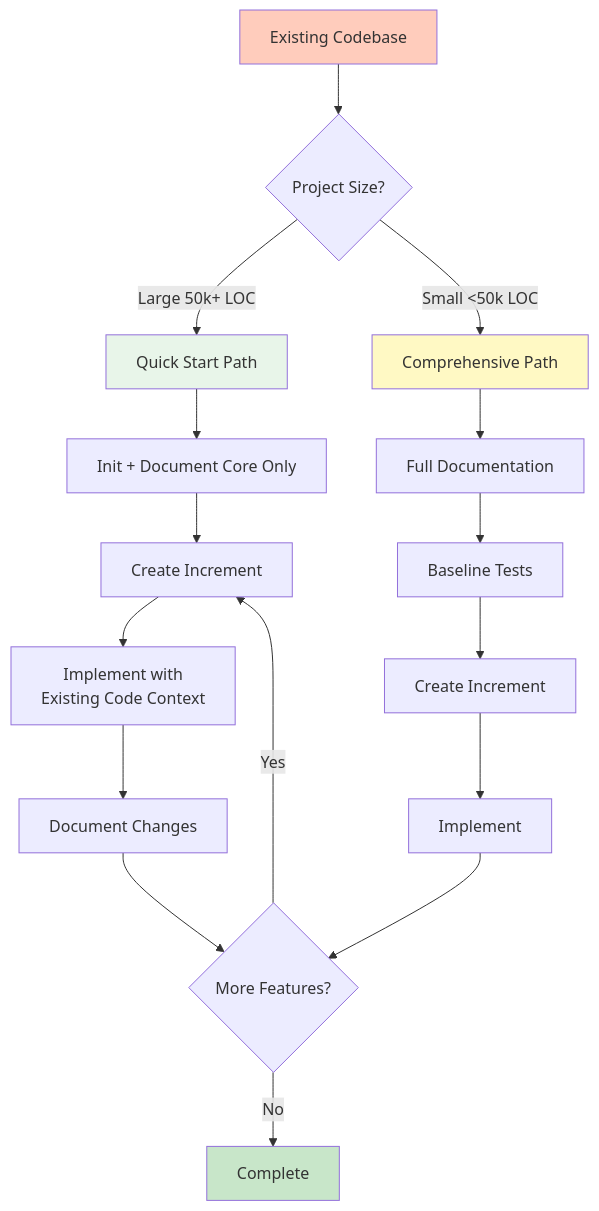
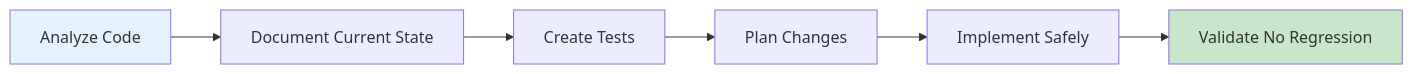
The second of 7 diagrams in docs-site/docs/workflows/brownfield.md (anton-abyzov/specweave), drawn with Mermaid before and after one commit. The commit also changed other lines of this file and 144 other files, not shown here.

````diff
--- a/docs-site/docs/workflows/brownfield.md
+++ b/docs-site/docs/workflows/brownfield.md
@@ -35,26 +33,11 @@
 ```mermaid
-graph TB
-    A[Existing Codebase] --> B{Project Size?}
+graph LR
+    A[Analyze Code] --> B[Document Current State]
+    B --> C[Create Tests]
+    C --> D[Plan Changes]
+    D --> E[Implement Safely]
+    E --> F[Validate No Regression]
 
-    B -->|Large 50k+ LOC| C[Quick Start Path]
-    B -->|Small <50k LOC| D[Comprehensive Path]
-
-    C --> E[Init + Document Core Only]
-    E --> F[Create Increment]
-    F --> G[Implement with<br/>Existing Code Context]
-    G --> H[Document Changes]
-    H --> I{More Features?}
-    I -->|Yes| F
-    I -->|No| J[Complete]
-
-    D --> K[Full Documentation]
-    K --> L[Baseline Tests]
-    L --> M[Create Increment]
-    M --> N[Implement]
-    N --> I
-
-    style A fill:#ffccbc
-    style C fill:#e8f5e9
-    style D fill:#fff9c4
-    style J fill:#c8e6c9
+    style A fill:#e3f2fd
+    style F fill:#c8e6c9
 ```
````
